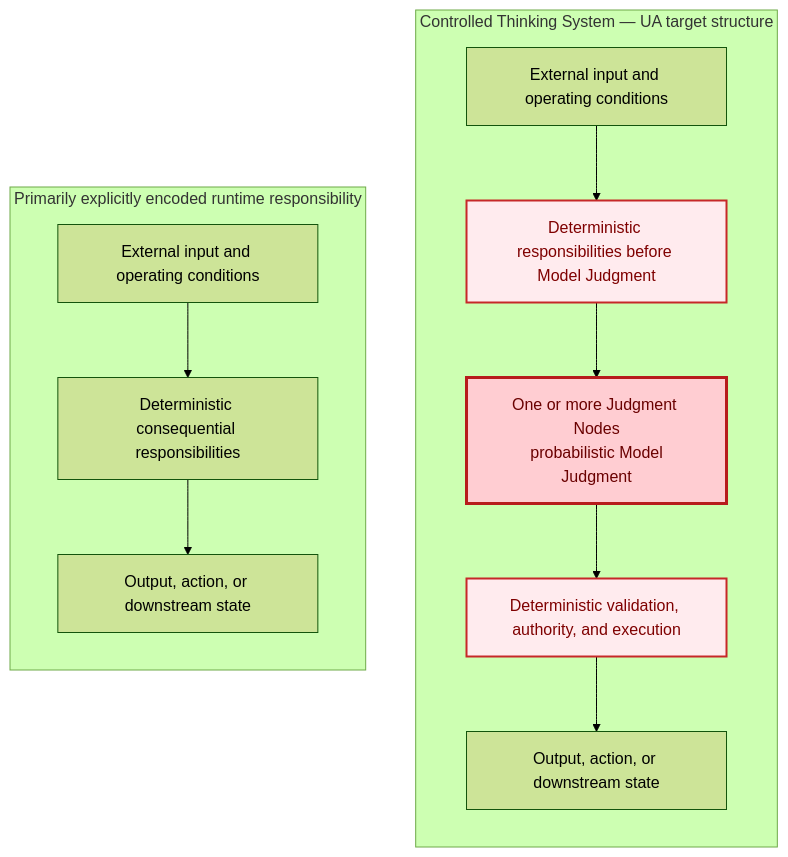
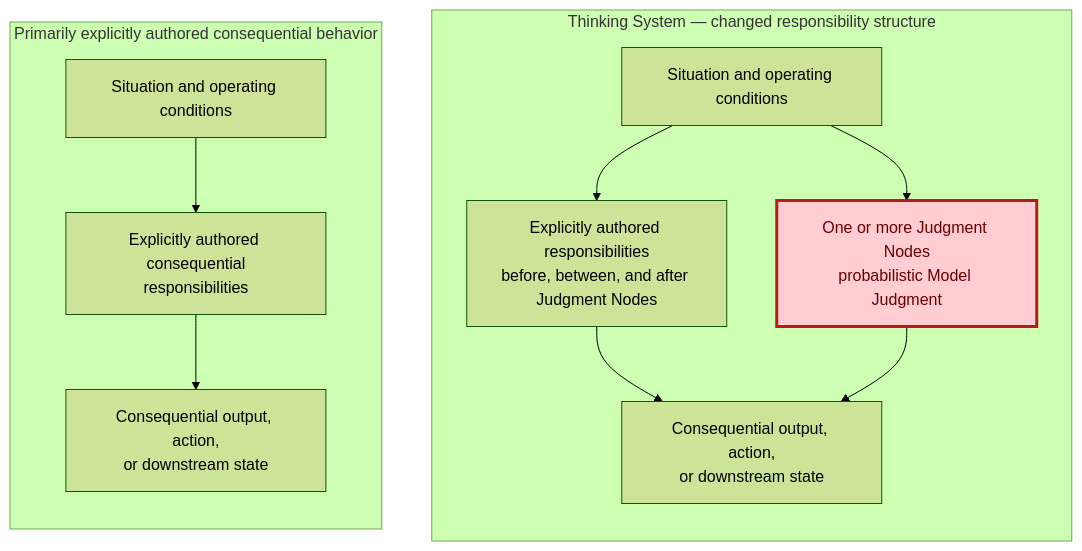
Before and after one commit to UncertaintyArchitectureGroup/uncertainty-architecture: the third of 14 diagrams in content/research/notes/open-engineering-specification-article-draft.md, drawn with Mermaid (forest theme). The commit also changed other lines of this file and 1 other file, not shown here.

````diff
--- a/content/research/notes/open-engineering-specification-article-draft.md
+++ b/content/research/notes/open-engineering-specification-article-draft.md
@@ -193,27 +201,25 @@
 ```mermaid
 flowchart LR
-    subgraph A["Primarily explicitly encoded runtime responsibility"]
+    subgraph A["Primarily explicitly authored consequential behavior"]
         direction TB
-        A1[External input and operating conditions]
-        A2[Deterministic consequential responsibilities]
-        A3[Output, action, or downstream state]
+        A1["Situation and operating conditions"]
+        A2["Explicitly authored consequential<br/>responsibilities"]
+        A3["Consequential output, action,<br/>or downstream state"]
         A1 --> A2 --> A3
     end
 
-    subgraph B["Controlled Thinking System — UA target structure"]
+    subgraph B["Thinking System — changed responsibility structure"]
         direction TB
-        B1[External input and operating conditions]
-        B2[Deterministic responsibilities before Model Judgment]
-        J1["One or more Judgment Nodes<br/> probabilistic Model Judgment"]
-        B3[Deterministic validation, authority, and execution]
-        B4[Output, action, or downstream state]
-        B1 --> B2 --> J1 --> B3 --> B4
+        B1["Situation and operating conditions"]
+        B2["Explicitly authored responsibilities<br/>before, between, and after Judgment Nodes"]
+        J1["One or more Judgment Nodes<br/>probabilistic Model Judgment"]
+        B3["Consequential output, action,<br/>or downstream state"]
+        B1 --> B2 --> B3
+        B1 --> J1 --> B3
     end
 
     A2 ~~~ J1
 
-    classDef changed fill:#ffebee,stroke:#c62828,stroke-width:2px,color:#7f0000;
     classDef judgment fill:#ffcdd2,stroke:#b71c1c,stroke-width:3px,color:#6a0000;
-    class B2,B3 changed;
     class J1 judgment;
 ```
````
